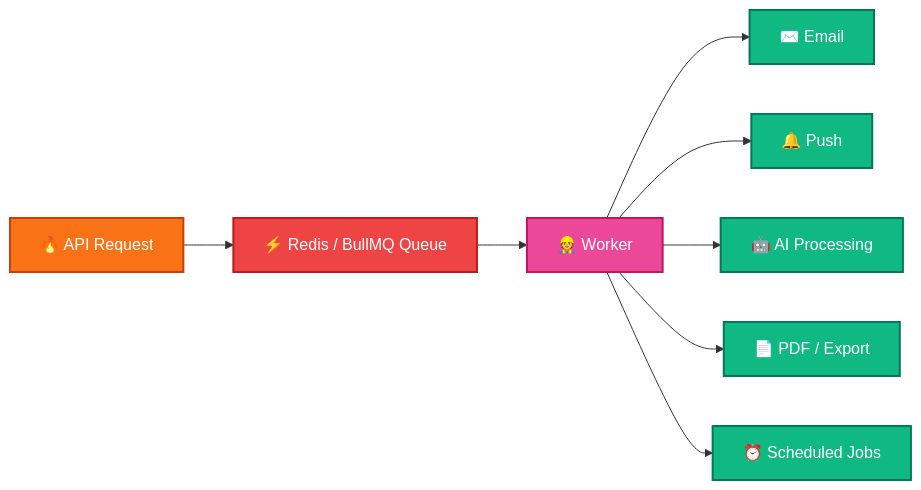
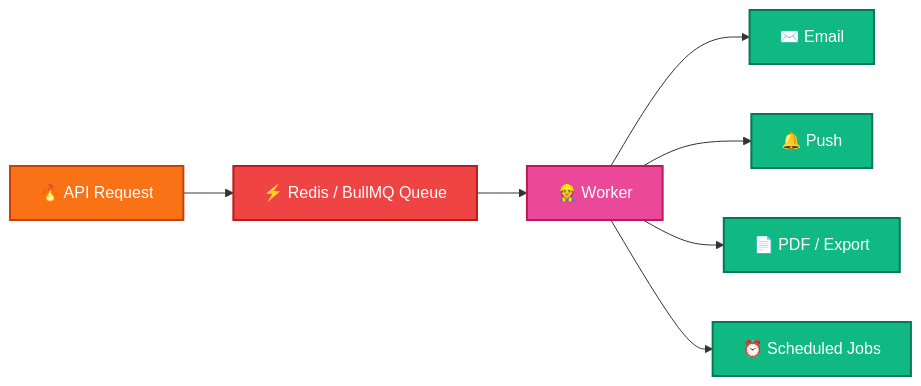
Before and after one commit to sarisen/sahin-mvp: the third of 5 diagrams in slides.md, drawn with Mermaid. The commit also changed other lines of this file, not shown here.

````diff
--- a/slides.md
+++ b/slides.md
@@ -409,20 +411,19 @@
 ```mermaid {scale: 0.7}
 flowchart LR
     A["🔥 API Request"] --> B["⚡ Redis / BullMQ Queue"]
     B --> C["👷 Worker"]
     C --> D["✉️ Email"]
     C --> E["🔔 Push"]
-    C --> F["🤖 AI Processing"]
     C --> G["📄 PDF / Export"]
     C --> H["⏰ Scheduled Jobs"]
 
     classDef api fill:#f97316,stroke:#c2410c,color:#fff,stroke-width:2px;
     classDef queue fill:#ef4444,stroke:#b91c1c,color:#fff,stroke-width:2px;
     classDef worker fill:#ec4899,stroke:#be185d,color:#fff,stroke-width:2px;
     classDef task fill:#10b981,stroke:#047857,color:#fff,stroke-width:2px;
 
     class A api;
     class B queue;
     class C worker;
-    class D,E,F,G,H task;
+    class D,E,G,H task;
 ```
````
